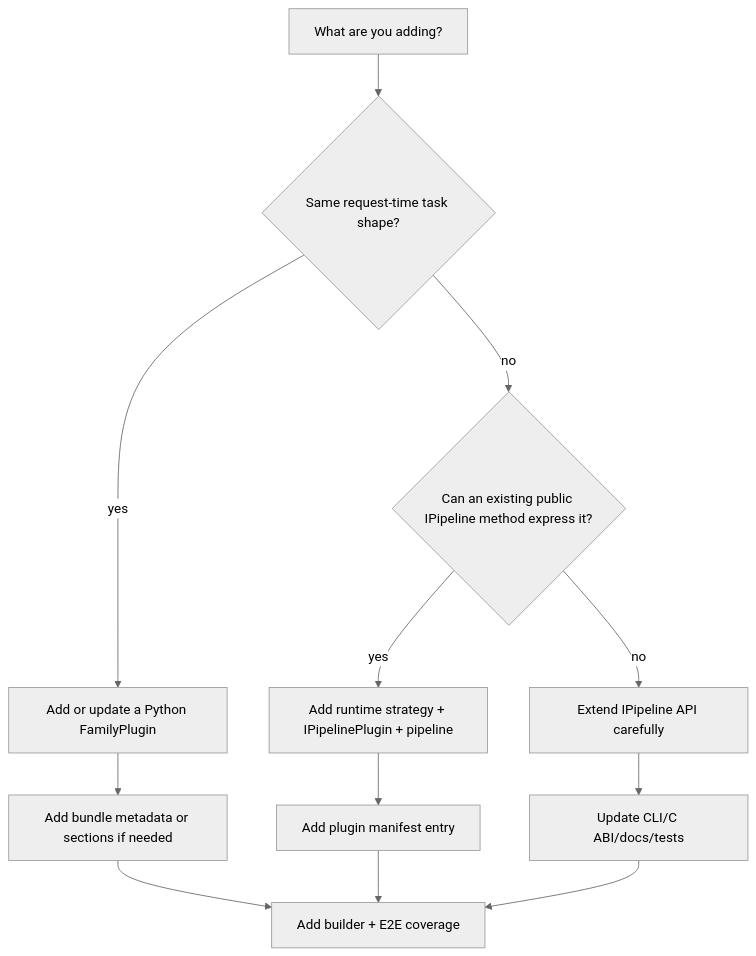
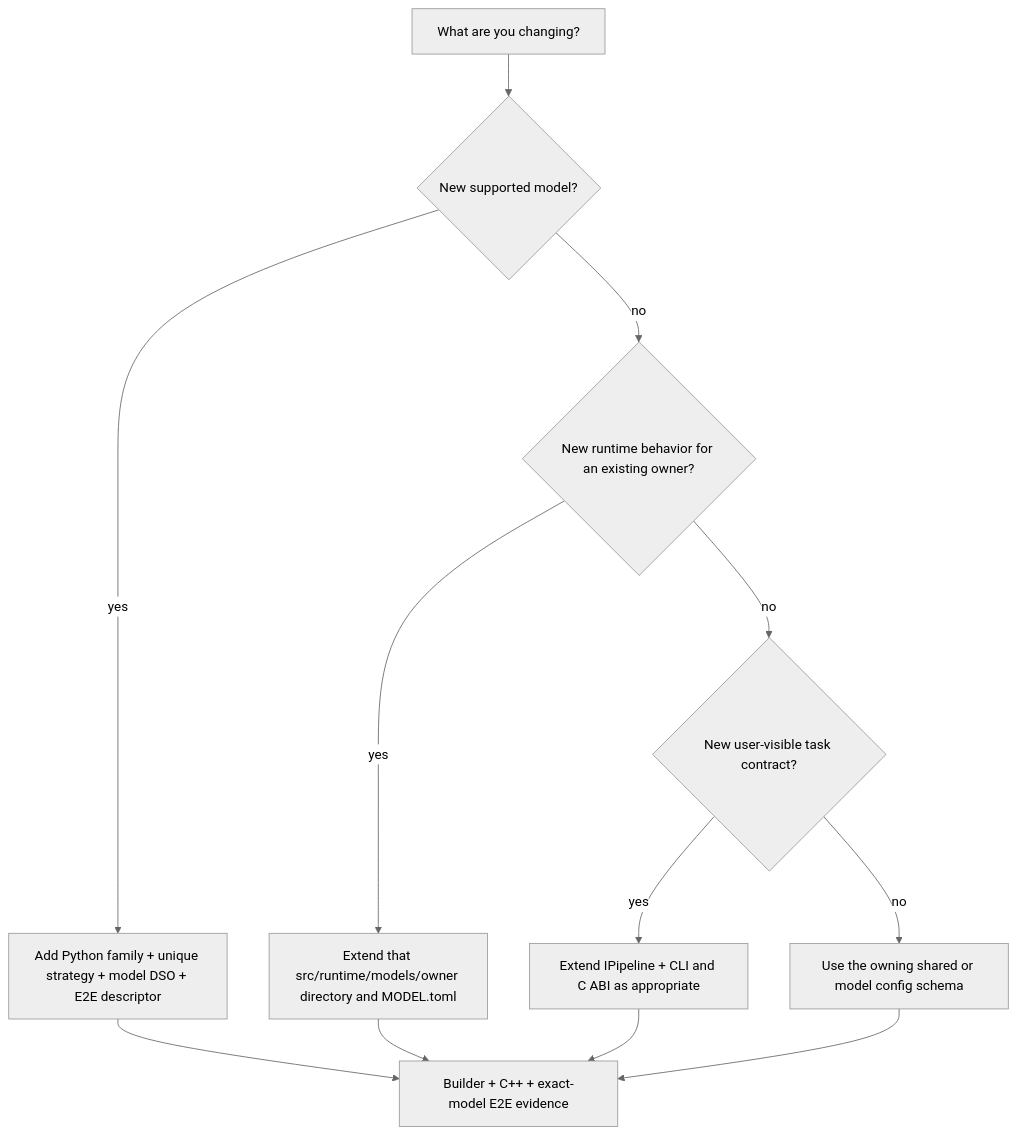
The fourth of 4 diagrams in website/docs/unit-design/building-blocks.md (NVIDIA/TensorRT-Model-Connect), drawn with Mermaid (neutral theme) before and after one commit. The commit also changed other lines of this file and 104 other files, not shown here.

First line of the commit message:
docs: align documentation with current architecture

````diff
--- a/website/docs/unit-design/building-blocks.md
+++ b/website/docs/unit-design/building-blocks.md
@@ -176,14 +175,14 @@
 ```mermaid
 flowchart TD
-  Start["What are you adding?"] --> SameTask{"Same request-time task shape?"}
-  SameTask -- yes --> NewFamily["Add or update a Python FamilyPlugin"]
-  SameTask -- no --> NewStrategy{"Can an existing public IPipeline method express it?"}
-  NewStrategy -- yes --> Plugin["Add runtime strategy + IPipelinePlugin + pipeline"]
-  NewStrategy -- no --> API["Extend IPipeline API carefully"]
-  NewFamily --> Bundle["Add bundle metadata or sections if needed"]
-  Plugin --> Manifest["Add plugin manifest entry"]
-  API --> CLI["Update CLI/C ABI/docs/tests"]
-  Bundle --> Tests["Add builder + E2E coverage"]
-  Manifest --> Tests
-  CLI --> Tests
+  Start["What are you changing?"] --> NewModel{"New supported model?"}
+  NewModel -- yes --> Capsule["Add Python family + unique strategy + model DSO + E2E descriptor"]
+  NewModel -- no --> Runtime{"New runtime behavior for an existing owner?"}
+  Runtime -- yes --> Owner["Extend that src/runtime/models/owner directory and MODEL.toml"]
+  Runtime -- no --> Public{"New user-visible task contract?"}
+  Public -- yes --> API["Extend IPipeline + CLI and C ABI as appropriate"]
+  Public -- no --> Config["Use the owning shared or model config schema"]
+  Capsule --> Tests["Builder + C++ + exact-model E2E evidence"]
+  Owner --> Tests
+  API --> Tests
+  Config --> Tests
 ```
````
